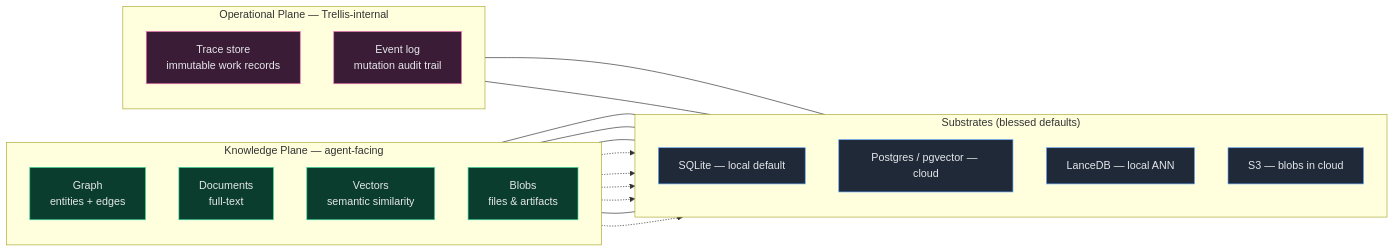
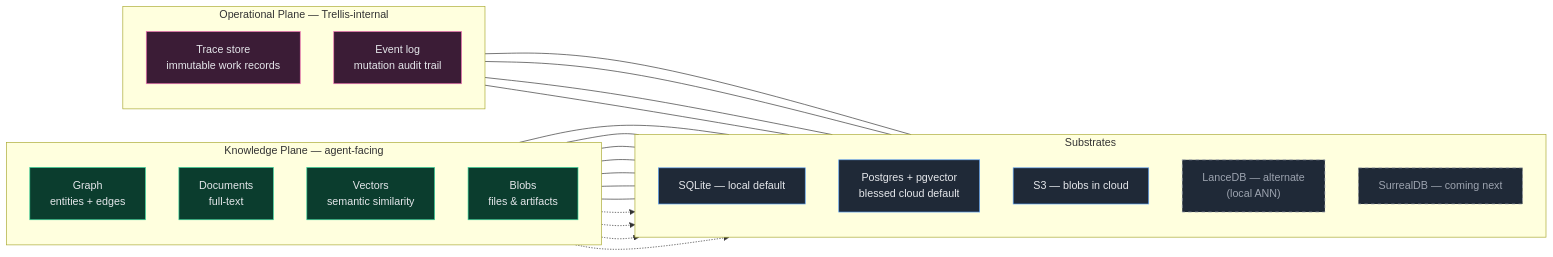
The fifth of 5 diagrams in README.md (ronsse/trellis-ai), drawn with Mermaid before and after one commit. The commit also changed other lines of this file and 1 other file, not shown here.

First line of the commit message:
Refocus README messaging + pgvector as blessed cloud default

````diff
--- a/README.md
+++ b/README.md
@@ -268,43 +280,50 @@
 ```mermaid
 flowchart LR
     subgraph Knowledge["Knowledge Plane — agent-facing"]
         direction TB
         G["Graph<br/>entities + edges"]
         D["Documents<br/>full-text"]
         V["Vectors<br/>semantic similarity"]
         B["Blobs<br/>files & artifacts"]
     end
 
     subgraph Operational["Operational Plane — Trellis-internal"]
         direction TB
         TR["Trace store<br/>immutable work records"]
         EL["Event log<br/>mutation audit trail"]
     end
 
-    subgraph Substrates["Substrates (blessed defaults)"]
+    subgraph Substrates["Substrates"]
         direction TB
         SQ["SQLite — local default"]
-        PG["Postgres / pgvector — cloud"]
-        LA["LanceDB — local ANN"]
+        PG["Postgres + pgvector<br/>blessed cloud default"]
         S3["S3 — blobs in cloud"]
+        LA["LanceDB — alternate<br/>(local ANN)"]
+        SD["SurrealDB — coming next"]
     end
 
     G --- SQ
     D --- SQ
     V --- SQ
     TR --- SQ
     EL --- SQ
-    G -.-> PG
-    D -.-> PG
-    V -.-> PG
+    B --- SQ
+    G --- PG
+    D --- PG
+    V --- PG
+    TR --- PG
+    EL --- PG
+    B -.-> S3
     V -.-> LA
-    B --- SQ
-    B -.-> S3
+    G -.-> SD
+    V -.-> SD
 
     classDef knowledge fill:#0b3d2e,stroke:#34d399,color:#e5e7eb;
     classDef ops fill:#3b1c36,stroke:#f472b6,color:#e5e7eb;
     classDef sub fill:#1f2937,stroke:#60a5fa,color:#e5e7eb;
+    classDef alt fill:#1f2937,stroke:#9ca3af,color:#9ca3af,stroke-dasharray: 5 5;
     class G,D,V,B knowledge;
     class TR,EL ops;
-    class SQ,PG,LA,S3 sub;
+    class SQ,PG,S3 sub;
+    class LA,SD alt;
 ```
````
